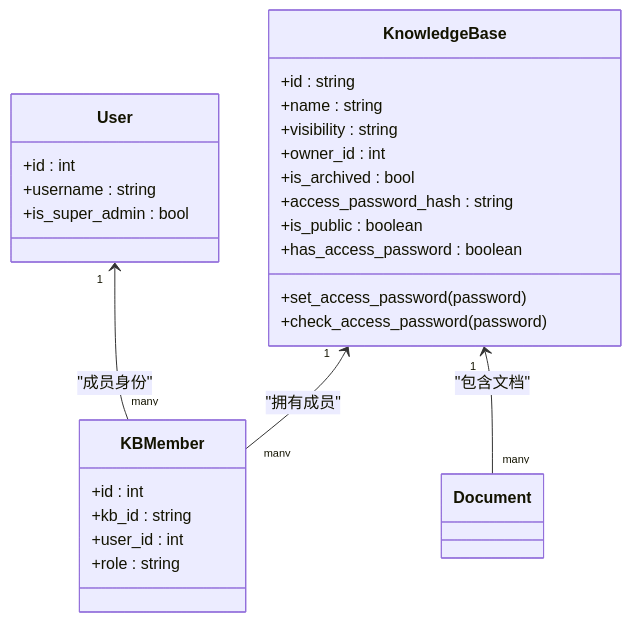
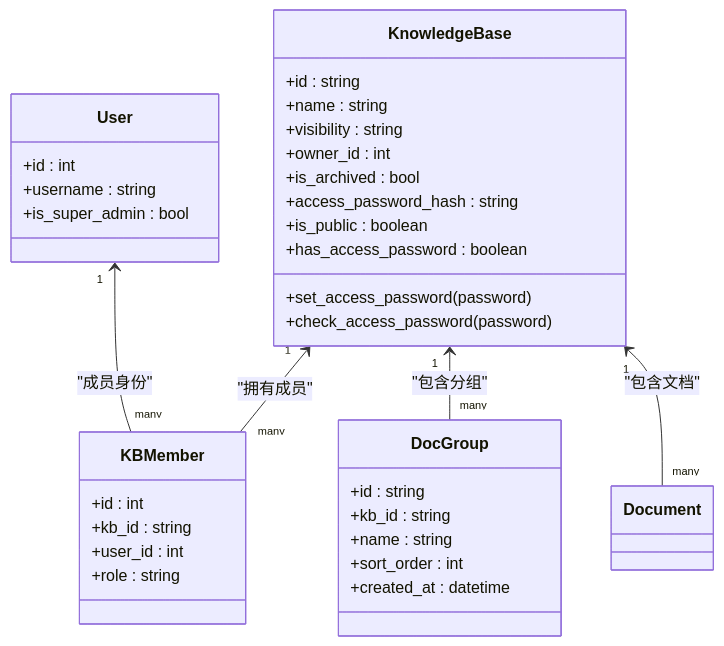
One commit to beyondalbert/my_wiki changed the fourth of 9 diagrams in .qoder/repowiki/zh/content/架构设计/蓝图系统设计/知识库蓝图 (Knowledge Base Blueprint).md. Above: the diagram before and after it, drawn with Mermaid. The commit also changed other lines of this file and 5 other files, not shown here.

````diff
--- a/.qoder/repowiki/zh/content/架构设计/蓝图系统设计/知识库蓝图 (Knowledge Base Blueprint).md
+++ b/.qoder/repowiki/zh/content/架构设计/蓝图系统设计/知识库蓝图 (Knowledge Base Blueprint).md
@@ -224,29 +240,37 @@
 ```mermaid
 classDiagram
 class KnowledgeBase {
 +id : string
 +name : string
 +visibility : string
 +owner_id : int
 +is_archived : bool
 +access_password_hash : string
 +is_public : boolean
 +has_access_password : boolean
 +set_access_password(password)
 +check_access_password(password)
 }
 class KBMember {
 +id : int
 +kb_id : string
 +user_id : int
 +role : string
 }
+class DocGroup {
++id : string
++kb_id : string
++name : string
++sort_order : int
++created_at : datetime
+}
 class User {
 +id : int
 +username : string
 +is_super_admin : bool
 }
 KnowledgeBase "1" <-- "many" KBMember : "拥有成员"
+KnowledgeBase "1" <-- "many" DocGroup : "包含分组"
 User "1" <-- "many" KBMember : "成员身份"
 KnowledgeBase "1" <-- "many" Document : "包含文档"
 ```
````
